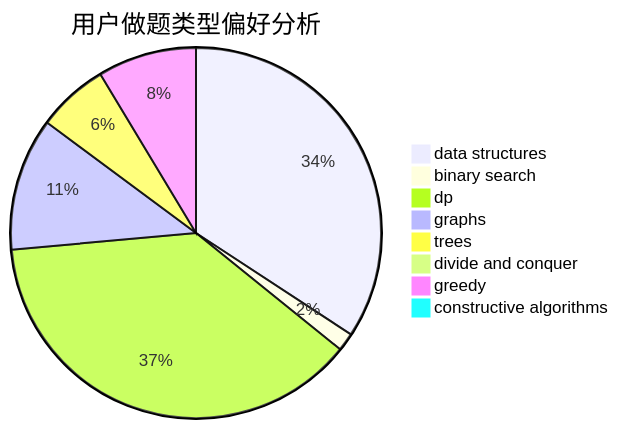
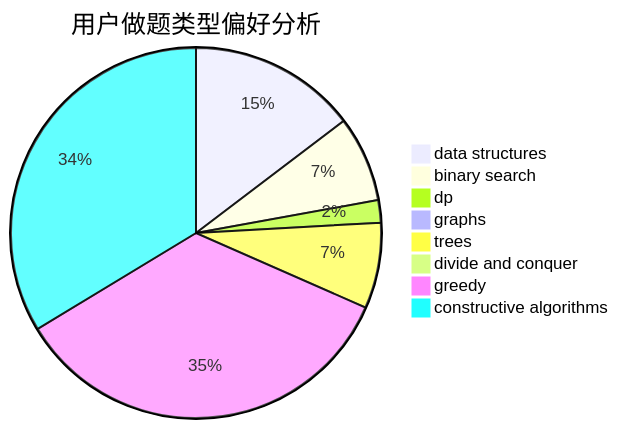
Before and after one commit to sherpahu/cfrs.github.io: the second of 3 diagrams in docs/user/u601.md, drawn with Mermaid. The commit also changed other lines of this file and 2770 other files, not shown here.

````diff
--- a/docs/user/u601.md
+++ b/docs/user/u601.md
@@ -23,11 +23,11 @@
 ```mermaid
 pie title 用户做题类型偏好分析
-    "data structures" :  369
-    "binary search" :  17
-    "dp" :  407
-    "graphs" :  125
-    "trees" :  67
-    "divide and conquer" :  8
-    "greedy" :  93
-    "constructive algorithms" :  9
+    "data structures" :  149
+    "binary search" :  76
+    "dp" :  20
+    "graphs" :  1
+    "trees" :  76
+    "divide and conquer" :  0
+    "greedy" :  353
+    "constructive algorithms" :  342
 ```
````
